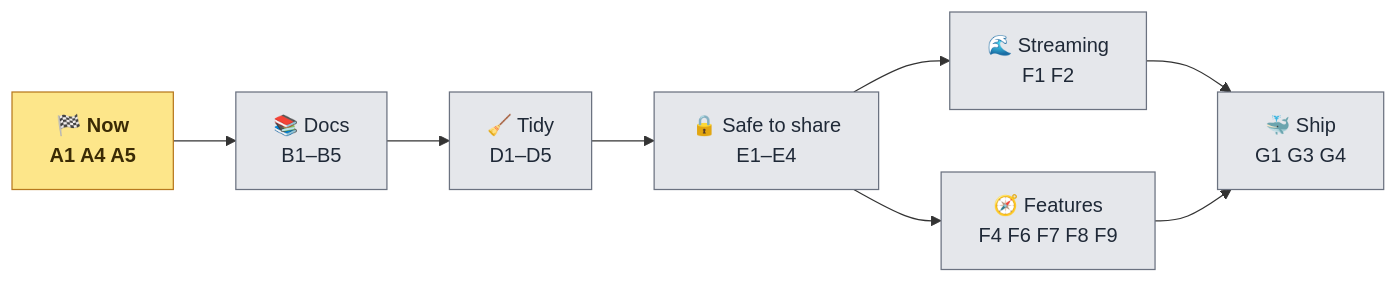
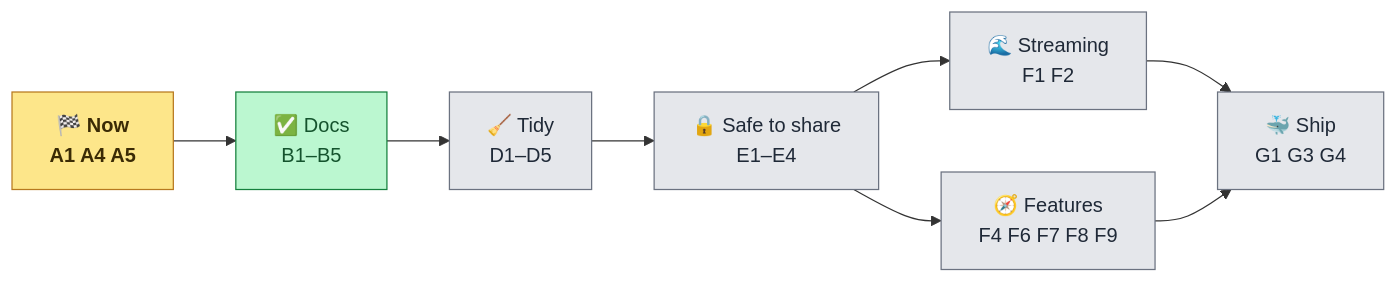
One commit to anurag-joshi-1403/Multi-Agent-AI-Platform changed the third of 3 diagrams in BACKEND_STATUS.md. Above: the diagram before and after it, drawn with Mermaid. The commit also changed other lines of this file and 2 other files, not shown here.

First line of the commit message:
docs(tasks): mark B1-B6 done

````diff
--- a/BACKEND_STATUS.md
+++ b/BACKEND_STATUS.md
@@ -211,13 +211,15 @@
 ```mermaid
 flowchart LR
     classDef now fill:#fde68a,stroke:#b7791f,color:#3a2a05,font-weight:bold
     classDef later fill:#e5e7eb,stroke:#6b7280,color:#1f2937
-    N["🏁 Now<br/>A1 A4 A5"] --> DOC["📚 Docs<br/>B1–B5"] --> HK["🧹 Tidy<br/>D1–D5"]
+    classDef done fill:#bbf7d0,stroke:#15803d,color:#14532d
+    N["🏁 Now<br/>A1 A4 A5"] --> DOC["✅ Docs<br/>B1–B5"] --> HK["🧹 Tidy<br/>D1–D5"]
     HK --> SAFE["🔒 Safe to share<br/>E1–E4"]
     SAFE --> STR["🌊 Streaming<br/>F1 F2"]
     SAFE --> MORE["🧭 Features<br/>F4 F6 F7 F8 F9"]
     STR --> SHIP["🐳 Ship<br/>G1 G3 G4"]
     MORE --> SHIP
     class N now
-    class DOC,HK,SAFE,STR,MORE,SHIP later
+    class DOC done
+    class HK,SAFE,STR,MORE,SHIP later
 ```
````
